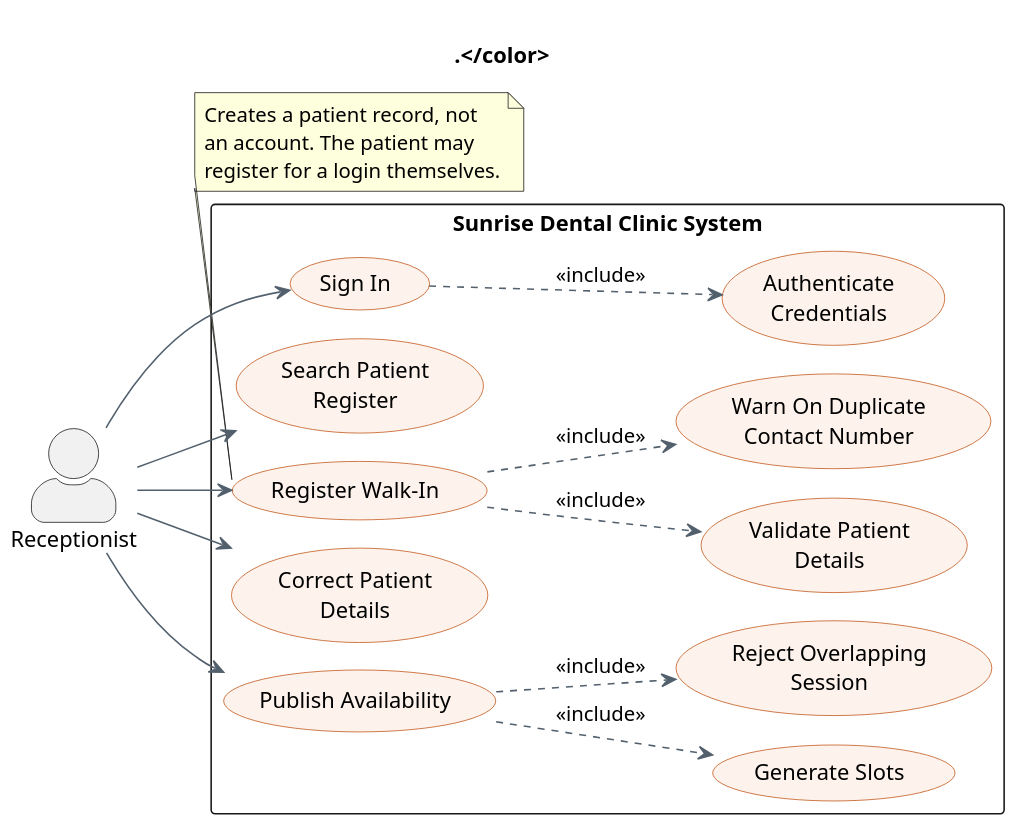
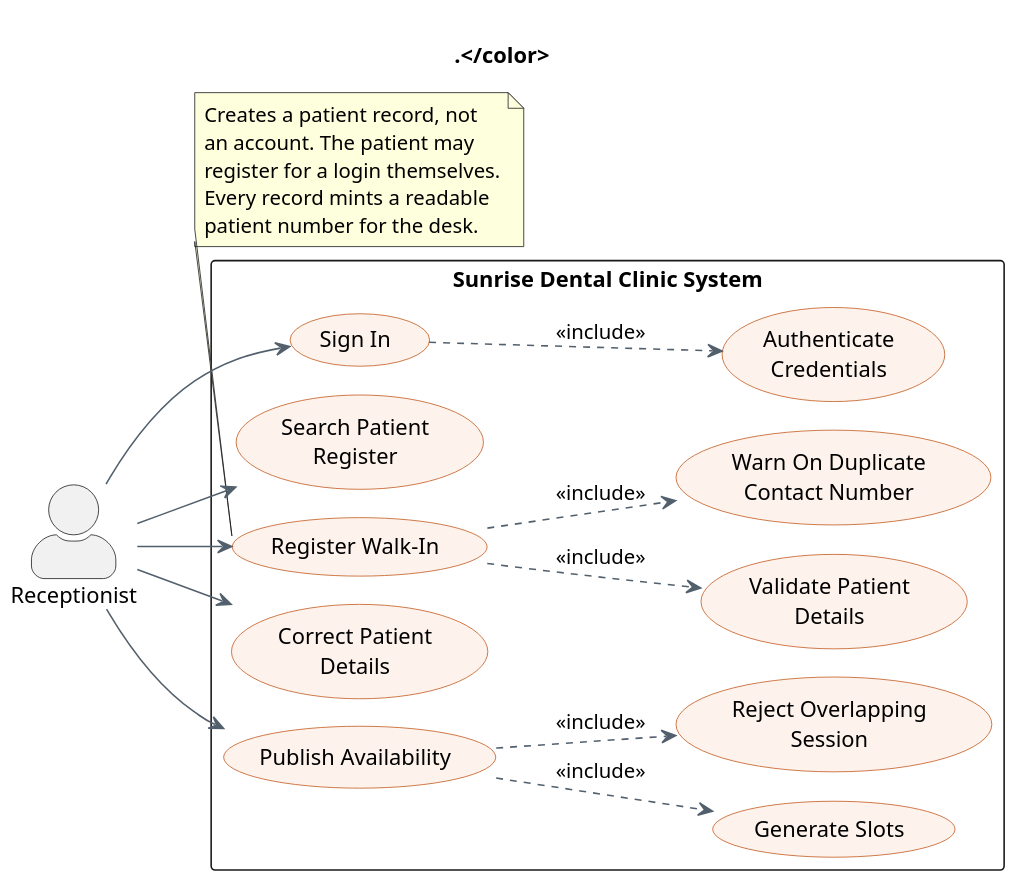
One commit to ShakyaRanasinghe/sunrise-dental-clinic changed the diagram in modular/docs/use-case/2a-reception-register.puml. Above: the diagram before and after it, drawn with PlantUML. The commit also changed 186 other files, not shown here.

```diff
--- a/modular/docs/use-case/2a-reception-register.puml
+++ b/modular/docs/use-case/2a-reception-register.puml
@@ -1,55 +1,57 @@
 @startuml use_case_reception_register
 ' Sunrise Dental Clinic - Use Case Diagram: Receptionist - register and availability
 ' Source of truth: modular/docs/use-case-diagram.md
 !pragma layout smetana
 skinparam dpi 150
 skinparam backgroundColor #FFFFFF
 skinparam shadowing false
 skinparam packageStyle rectangle
 skinparam actorStyle awesome
 skinparam nodesep 18
 skinparam ranksep 70
 skinparam usecase {
   BackgroundColor #FDF3EC
   BorderColor #C2571A
   ArrowColor #52606D
 }
 
 left to right direction
 ' invisible title: reserves top margin so an actor at the
 ' upper edge is not clipped by the render bounds
 title <color:#FFFFFF>.\n.</color>
 
 actor "Receptionist" as RC
 
 rectangle "Sunrise Dental Clinic System" {
   usecase "Sign In" as UC_LOGIN
   usecase "Authenticate\nCredentials" as UC_AUTH
   usecase "Search Patient\nRegister" as UC_SEARCH
   usecase "Register Walk-In" as UC_WALKIN
   usecase "Validate Patient\nDetails" as UC_VPAT
   usecase "Warn On Duplicate\nContact Number" as UC_DUP
   usecase "Correct Patient\nDetails" as UC_FIX
   usecase "Publish Availability" as UC_PUB
   usecase "Generate Slots" as UC_GEN
   usecase "Reject Overlapping\nSession" as UC_OVER
 }
 
 RC --> UC_LOGIN
 RC --> UC_SEARCH
 RC --> UC_WALKIN
 RC --> UC_FIX
 RC --> UC_PUB
 
 UC_LOGIN  ..> UC_AUTH : <<include>>
 UC_WALKIN ..> UC_VPAT : <<include>>
 UC_WALKIN ..> UC_DUP  : <<include>>
 UC_PUB    ..> UC_GEN  : <<include>>
 UC_PUB    ..> UC_OVER : <<include>>
 
 note bottom of UC_WALKIN
   Creates a patient record, not
   an account. The patient may
   register for a login themselves.
+  Every record mints a readable
+  patient number for the desk.
 end note
 @enduml
```
